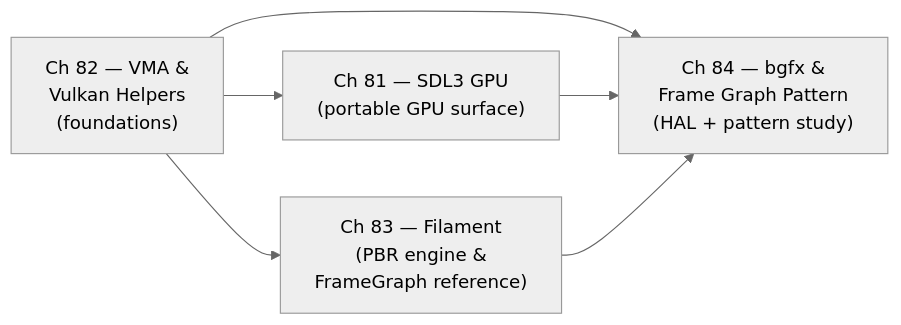
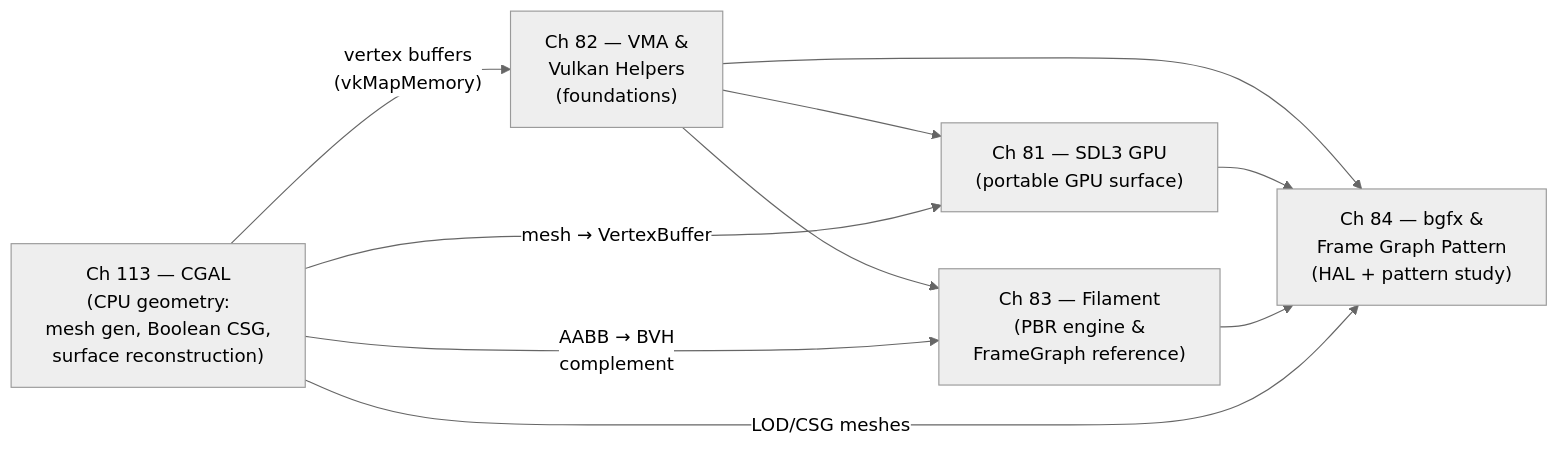
One commit to jreuben11/linux-graphics-stack-book changed the diagram in chapters/part-18-rendering-abstractions/part-intro.md. Above: the diagram before and after it, drawn with Mermaid (neutral theme). The commit also changed other lines of this file and 12 other files, not shown here.

````diff
--- a/chapters/part-18-rendering-abstractions/part-intro.md
+++ b/chapters/part-18-rendering-abstractions/part-intro.md
@@ -27,13 +31,18 @@
 ```mermaid
 graph LR
     CH82["Ch 82 — VMA &\nVulkan Helpers\n(foundations)"]
     CH81["Ch 81 — SDL3 GPU\n(portable GPU surface)"]
     CH83["Ch 83 — Filament\n(PBR engine &\nFrameGraph reference)"]
     CH84["Ch 84 — bgfx &\nFrame Graph Pattern\n(HAL + pattern study)"]
+    CH113["Ch 113 — CGAL\n(CPU geometry:\nmesh gen, Boolean CSG,\nsurface reconstruction)"]
 
     CH82 --> CH81
     CH82 --> CH83
     CH82 --> CH84
     CH81 --> CH84
     CH83 --> CH84
+    CH113 -->|"vertex buffers\n(vkMapMemory)"| CH82
+    CH113 -->|"mesh → VertexBuffer"| CH81
+    CH113 -->|"LOD/CSG meshes"| CH84
+    CH113 -->|"AABB → BVH\ncomplement"| CH83
 ```
````
